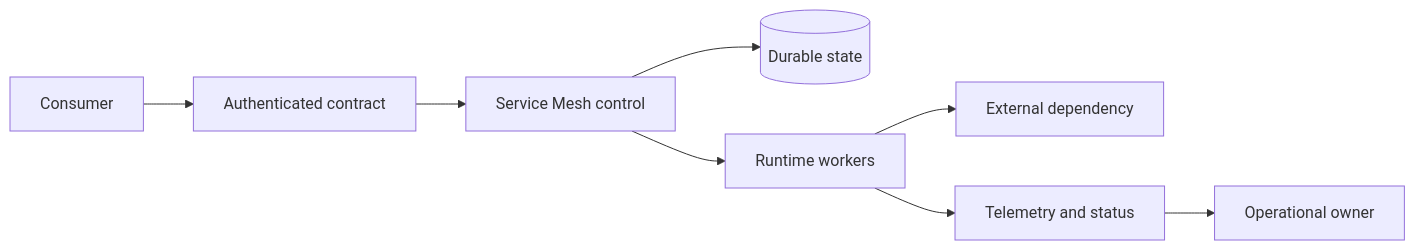
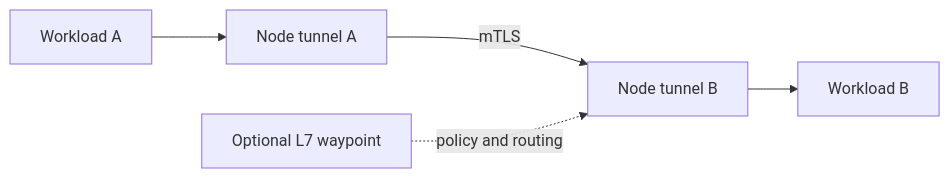
The third of 3 diagrams in docs/architecture/service-mesh.md (m1mohamad/devops-sre-prep), drawn with Mermaid before and after one commit. The commit also changed other lines of this file and 61 other files, not shown here.

Commit message:
Replace generic architecture and study templates

````diff
--- a/docs/architecture/service-mesh.md
+++ b/docs/architecture/service-mesh.md
@@ -15,10 +45,5 @@
 ```mermaid
 flowchart LR
-  User[Consumer] --> Edge[Authenticated contract]
-  Edge --> Control[Service Mesh control]
-  Control --> State[(Durable state)]
-  Control --> Runtime[Runtime workers]
-  Runtime --> Dependency[External dependency]
-  Runtime --> Signals[Telemetry and status]
-  Signals --> Owner[Operational owner]
+  A[Workload A] --> ZA[Node tunnel A] -->|mTLS| ZB[Node tunnel B] --> B[Workload B]
+  Waypoint[Optional L7 waypoint] -. policy and routing .-> ZB
 ```
````
